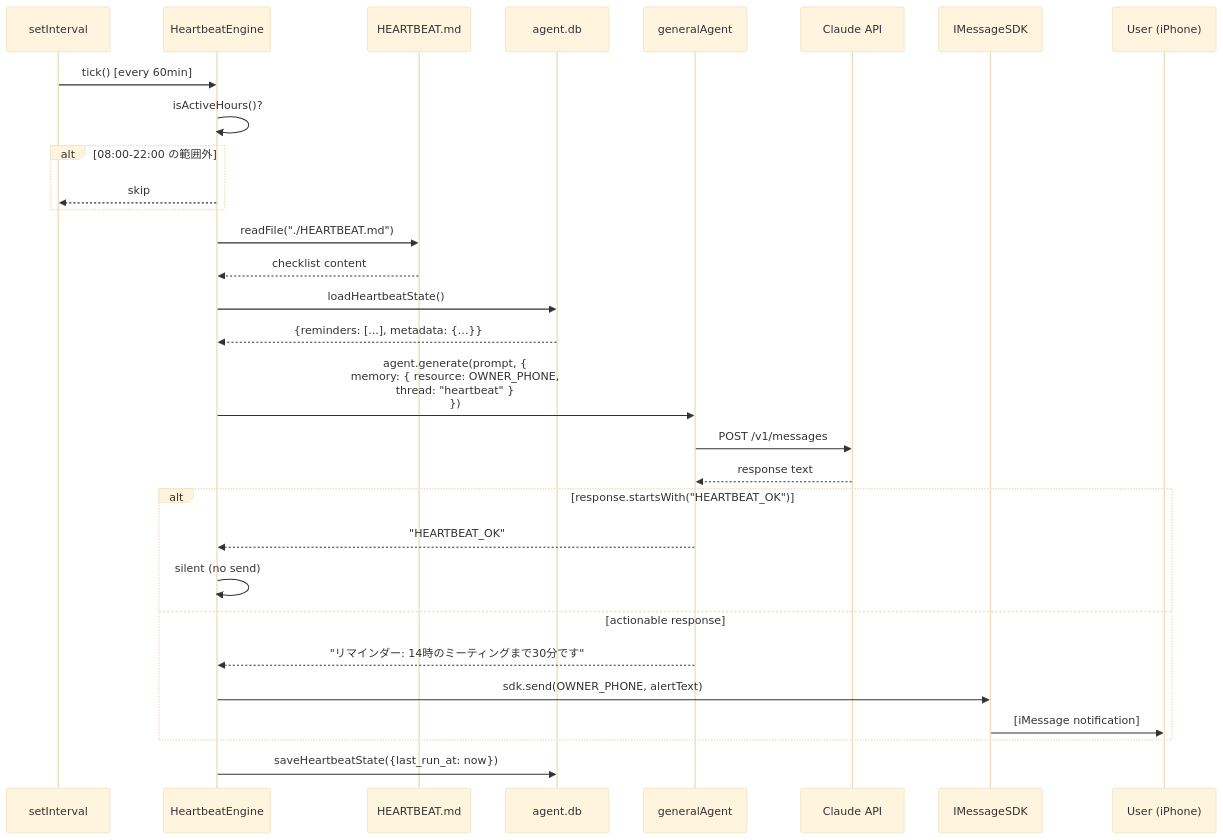
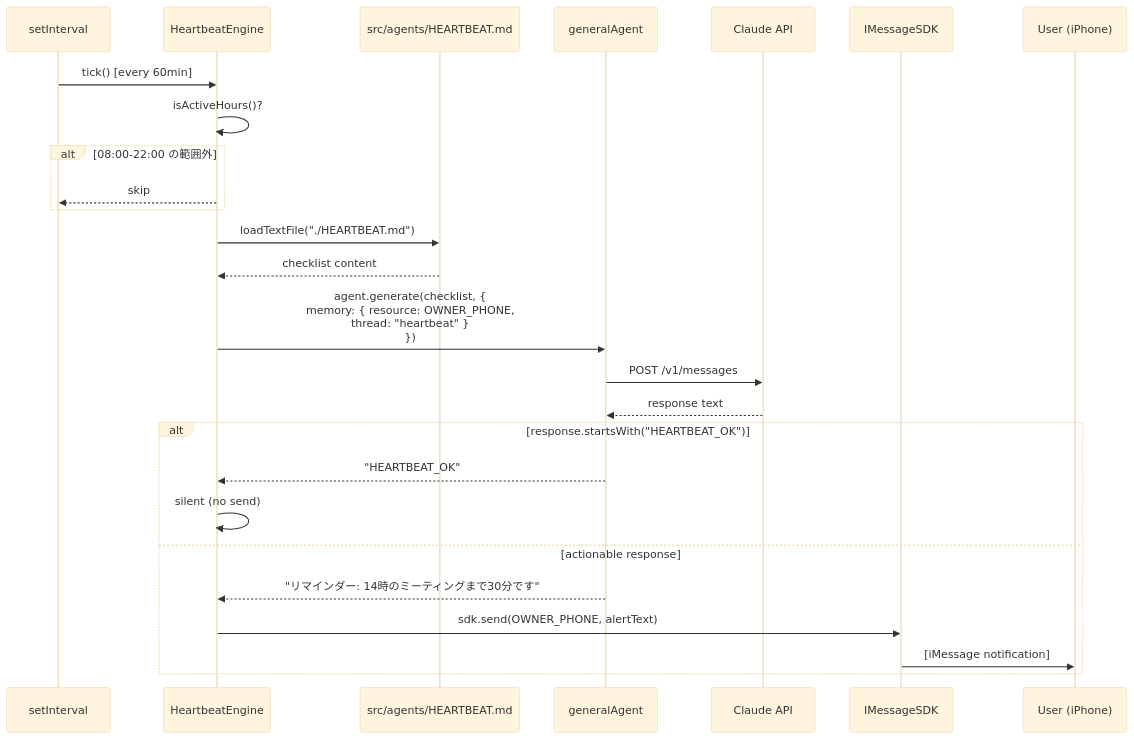
The third of 4 diagrams in docs/DESIGN.md (posaune0423/mastra-imessage-agent), drawn with Mermaid (base theme) before and after one commit. The commit also changed other lines of this file and 46 other files, not shown here.

First line of the commit message:
refactor: simplify architecture to minimal P0 structure

````diff
--- a/docs/DESIGN.md
+++ b/docs/DESIGN.md
@@ -121,39 +113,33 @@
 ```mermaid
 sequenceDiagram
     participant Timer as setInterval
     participant HB as HeartbeatEngine
-    participant FS as HEARTBEAT.md
-    participant DB as agent.db
+    participant FS as src/agents/HEARTBEAT.md
     participant Agent as generalAgent
     participant LLM as Claude API
     participant SDK as IMessageSDK
     participant User as User (iPhone)
 
     Timer->>HB: tick() [every 60min]
 
     HB->>HB: isActiveHours()?
     alt 08:00-22:00 の範囲外
         HB-->>Timer: skip
     end
 
-    HB->>FS: readFile("./HEARTBEAT.md")
+    HB->>FS: loadTextFile("./HEARTBEAT.md")
     FS-->>HB: checklist content
 
-    HB->>DB: loadHeartbeatState()
-    DB-->>HB: {reminders: [...], metadata: {...}}
-
-    HB->>Agent: agent.generate(prompt, {<br/>  memory: { resource: OWNER_PHONE,<br/>  thread: "heartbeat" }<br/>})
+    HB->>Agent: agent.generate(checklist, {<br/>  memory: { resource: OWNER_PHONE,<br/>  thread: "heartbeat" }<br/>})
     Agent->>LLM: POST /v1/messages
     LLM-->>Agent: response text
 
     alt response.startsWith("HEARTBEAT_OK")
         Agent-->>HB: "HEARTBEAT_OK"
         HB->>HB: silent (no send)
     else actionable response
         Agent-->>HB: "リマインダー: 14時のミーティングまで30分です"
         HB->>SDK: sdk.send(OWNER_PHONE, alertText)
         SDK->>User: [iMessage notification]
     end
-
-    HB->>DB: saveHeartbeatState({last_run_at: now})
 ```
````
